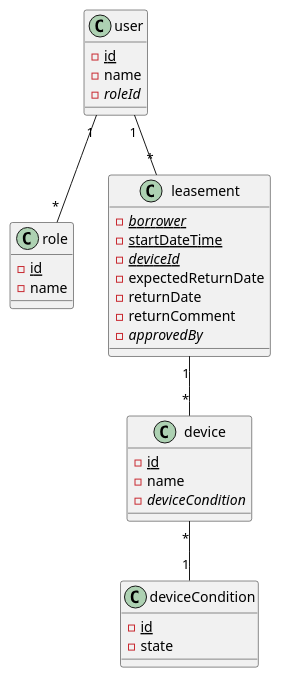
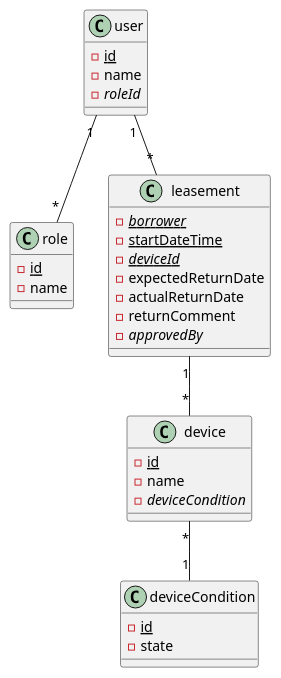
The diagram in documentation/erd.puml (LukMayr/scratch), drawn with PlantUML before and after one commit.

Commit message:
rename to actualReturnDate

```diff
--- a/documentation/erd.puml
+++ b/documentation/erd.puml
@@ -1,43 +1,43 @@
 @startuml
 
 class role {
     - {static} id
     - name
 }
 
 class user {
     - {static}  id
     - name
     - {abstract} roleId
 }
 
 class device {
     - {static} id
     - name
     - {abstract} deviceCondition
 }
 
 class deviceCondition {
     - {static} id
     - state
 }
 
 class leasement {
     - {abstract}{static} borrower
     - {static} startDateTime
     - {abstract}{static} deviceId
     - expectedReturnDate
-    - returnDate
+    - actualReturnDate
     - returnComment
     - {abstract} approvedBy
 }
 
 
 
 user "1" -- "*" role
 user "1" -- "*" leasement
 leasement "1" -- "*" device
 device "*" -- "1" deviceCondition
 
 
 @enduml
```
